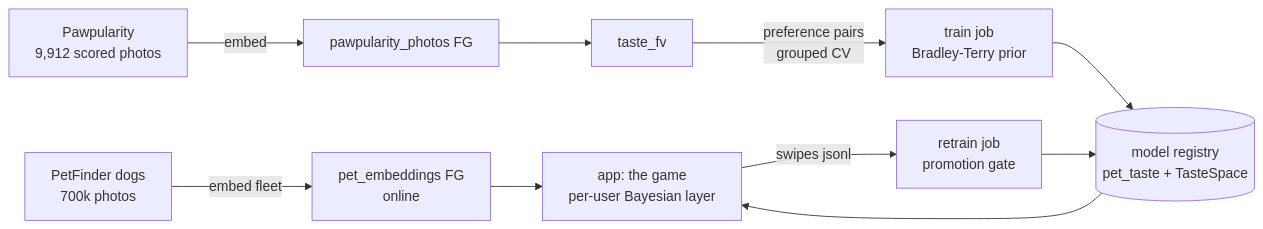
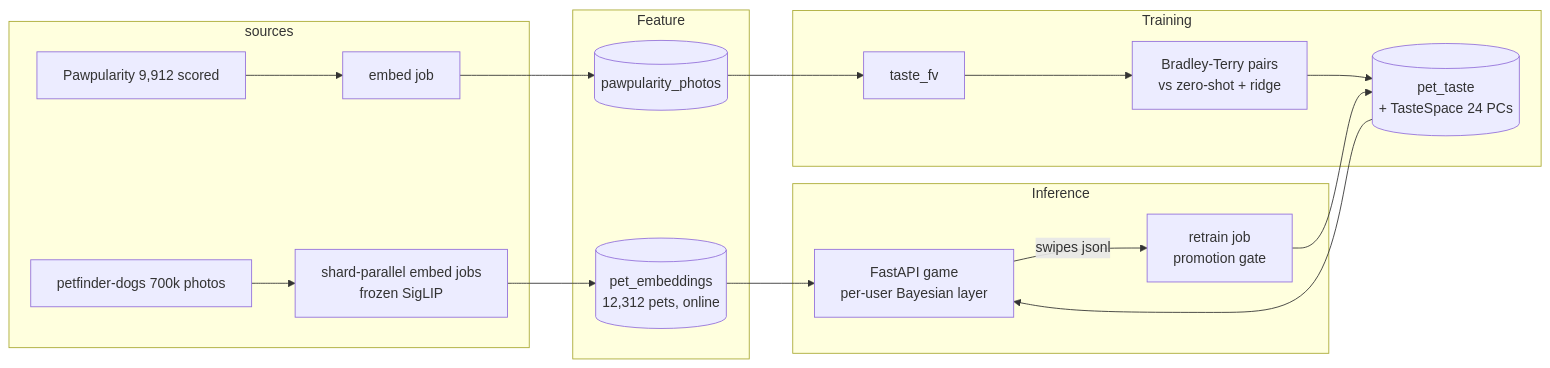
One commit to MagicLex/how-predictable changed the diagram in README.md. Above: the diagram before and after it, drawn with Mermaid. The commit also changed other lines of this file, not shown here.

Commit message:
README recalibrated to the series flow: result-first, caveats, architecture, reproduce, demo + badges

````diff
--- a/README.md
+++ b/README.md
@@ -44,12 +79,20 @@
 ```mermaid
 flowchart LR
-    A[PetFinder dogs\n700k photos] -->|embed fleet| F1[pet_embeddings FG\nonline]
-    B[Pawpularity\n9,912 scored photos] -->|embed| F2[pawpularity_photos FG]
-    F2 --> FV[taste_fv]
-    FV -->|preference pairs\ngrouped CV| T[train job\nBradley-Terry prior]
-    T --> MR[(model registry\npet_taste + TasteSpace)]
-    MR --> APP[app: the game\nper-user Bayesian layer]
-    F1 --> APP
-    APP -->|swipes jsonl| FW[retrain job\npromotion gate]
-    FW --> MR
+    subgraph sources
+      PF[petfinder-dogs 700k photos] --> E
+      PW[Pawpularity 9,912 scored] --> E2
+    end
+    subgraph Feature
+      E[shard-parallel embed jobs<br/>frozen SigLIP] --> FG[(pet_embeddings<br/>12,312 pets, online)]
+      E2[embed job] --> FG2[(pawpularity_photos)]
+    end
+    FG2 --> FV[taste_fv]
+    subgraph Training
+      FV --> T[Bradley-Terry pairs<br/>vs zero-shot + ridge] --> M[(pet_taste<br/>+ TasteSpace 24 PCs)]
+    end
+    subgraph Inference
+      M --> APP[FastAPI game<br/>per-user Bayesian layer]
+      FG --> APP
+      APP -->|swipes jsonl| FW[retrain job<br/>promotion gate] --> M
+    end
 ```
````
